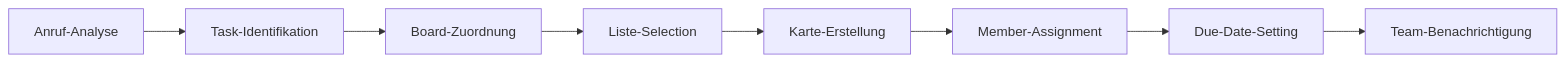
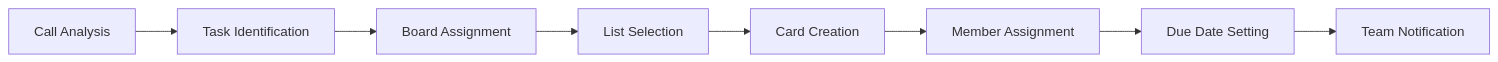
The diagram in en/automation-platform/integrations/einzelintegrations/trello.mdx (bekgroup/Famulor-docs-de), drawn with Mermaid before and after one commit. The commit also changed other lines of this file and 273 other files, not shown here.

````diff
--- a/en/automation-platform/integrations/einzelintegrations/trello.mdx
+++ b/en/automation-platform/integrations/einzelintegrations/trello.mdx
@@ -35,10 +35,10 @@
 ```mermaid
 graph LR
-    A[Anruf-Analyse] --> B[Task-Identifikation]
-    B --> C[Board-Zuordnung]
-    C --> D[Liste-Selection]
-    D --> E[Karte-Erstellung]
-    E --> F[Member-Assignment]
-    F --> G[Due-Date-Setting]
-    G --> H[Team-Benachrichtigung]
+    A[Call Analysis] --> B[Task Identification]
+    B --> C[Board Assignment]
+    C --> D[List Selection]
+    D --> E[Card Creation]
+    E --> F[Member Assignment]
+    F --> G[Due Date Setting]
+    G --> H[Team Notification]
 ```
````
